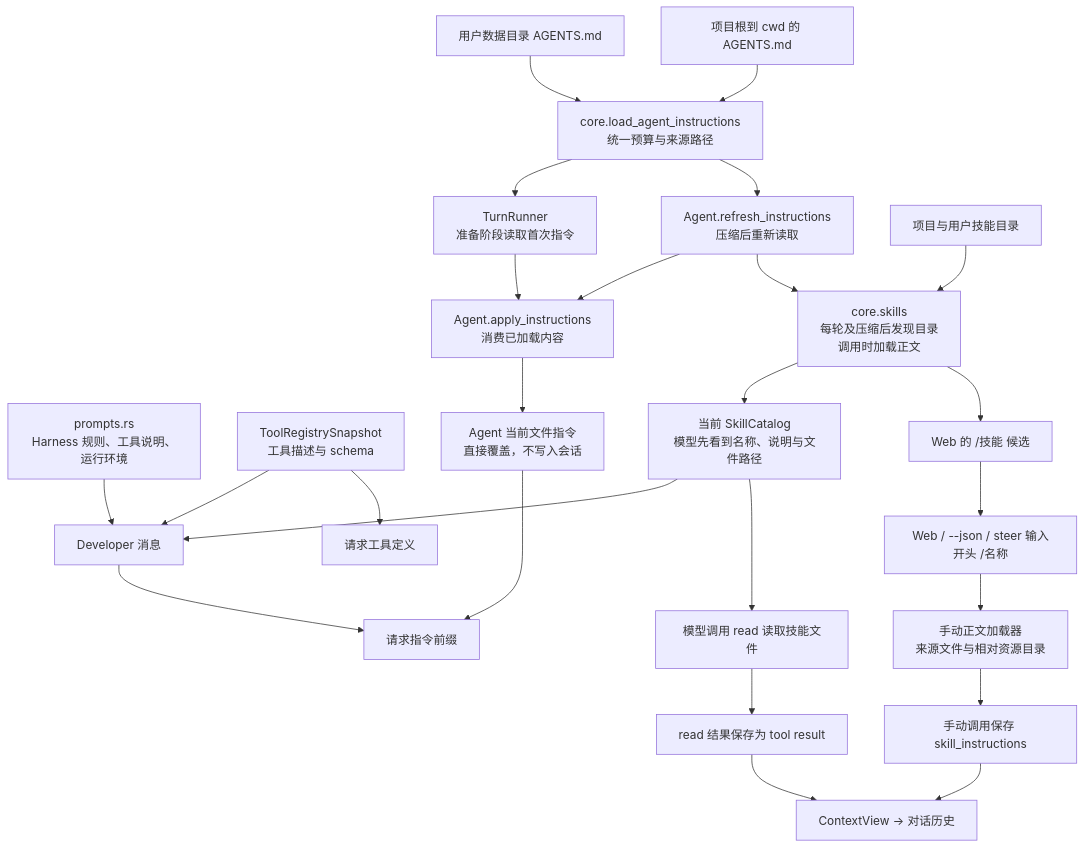
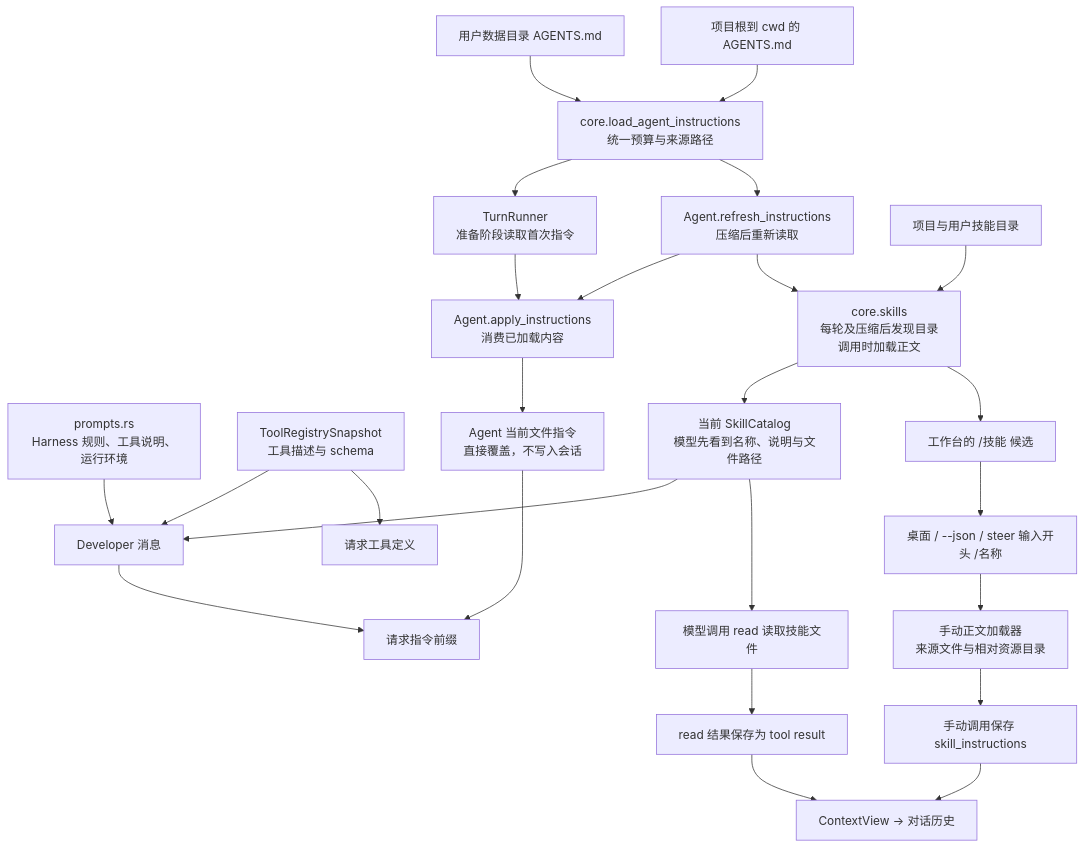
Before and after one commit to qjcnmd/singularity-agent: diagram 21 of 29 in docs/architecture.md, drawn with Mermaid. The commit also changed other lines of this file and 193 other files, not shown here.

````diff
--- a/docs/architecture.md
+++ b/docs/architecture.md
@@ -582,27 +582,27 @@
 ```mermaid
 flowchart TB
     Prompt["prompts.rs<br/>Harness 规则、工具说明、运行环境"] --> Developer["Developer 消息"]
     Registry["ToolRegistrySnapshot<br/>工具描述与 schema"] --> Developer
     Registry --> Schemas["请求工具定义"]
     UserAgents["用户数据目录 AGENTS.md"] --> Loader["core.load_agent_instructions<br/>统一预算与来源路径"]
     ProjectAgents["项目根到 cwd 的 AGENTS.md"] --> Loader
     Loader --> Prepared["TurnRunner<br/>准备阶段读取首次指令"]
     Prepared --> Refresh["Agent.apply_instructions<br/>消费已加载内容"]
     Loader --> Reload["Agent.refresh_instructions<br/>压缩后重新读取"]
     Reload --> Refresh
     Refresh --> Current["Agent 当前文件指令<br/>直接覆盖，不写入会话"]
     SkillDirs["项目与用户技能目录"] --> Skills["core.skills<br/>每轮及压缩后发现目录<br/>调用时加载正文"]
     Reload --> Skills
     Skills --> Catalog["当前 SkillCatalog<br/>模型先看到名称、说明与文件路径"]
     Catalog --> Developer
     Catalog --> ModelSkill["模型调用 read 读取技能文件"]
-    Skills --> Candidates["Web 的 /技能 候选"]
-    Candidates --> Manual["Web / --json / steer 输入开头 /名称"]
+    Skills --> Candidates["工作台的 /技能 候选"]
+    Candidates --> Manual["桌面 / --json / steer 输入开头 /名称"]
     Manual --> Load["手动正文加载器<br/>来源文件与相对资源目录"]
     ModelSkill --> ToolResult["read 结果保存为 tool result"]
     Load --> SkillEntry["手动调用保存 skill_instructions"]
     Current --> Prefix["请求指令前缀"]
     Developer --> Prefix
     SkillEntry --> Context["ContextView → 对话历史"]
     ToolResult --> Context
 ```
````
